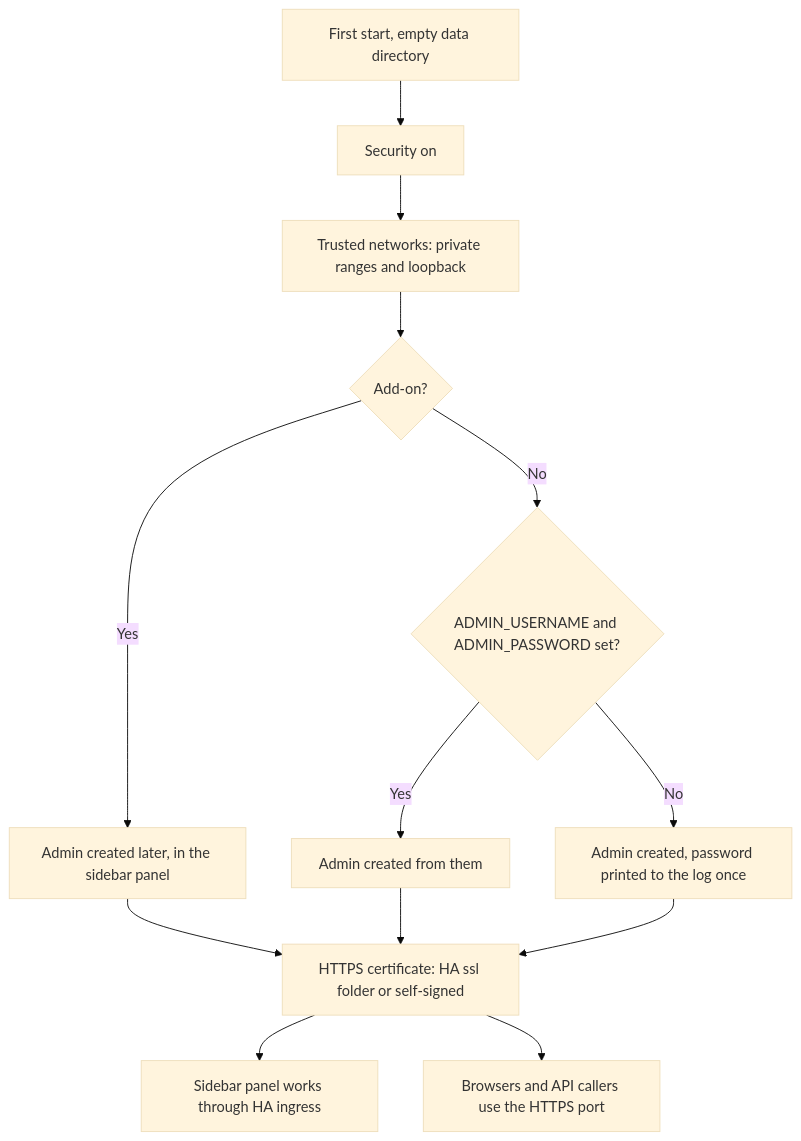
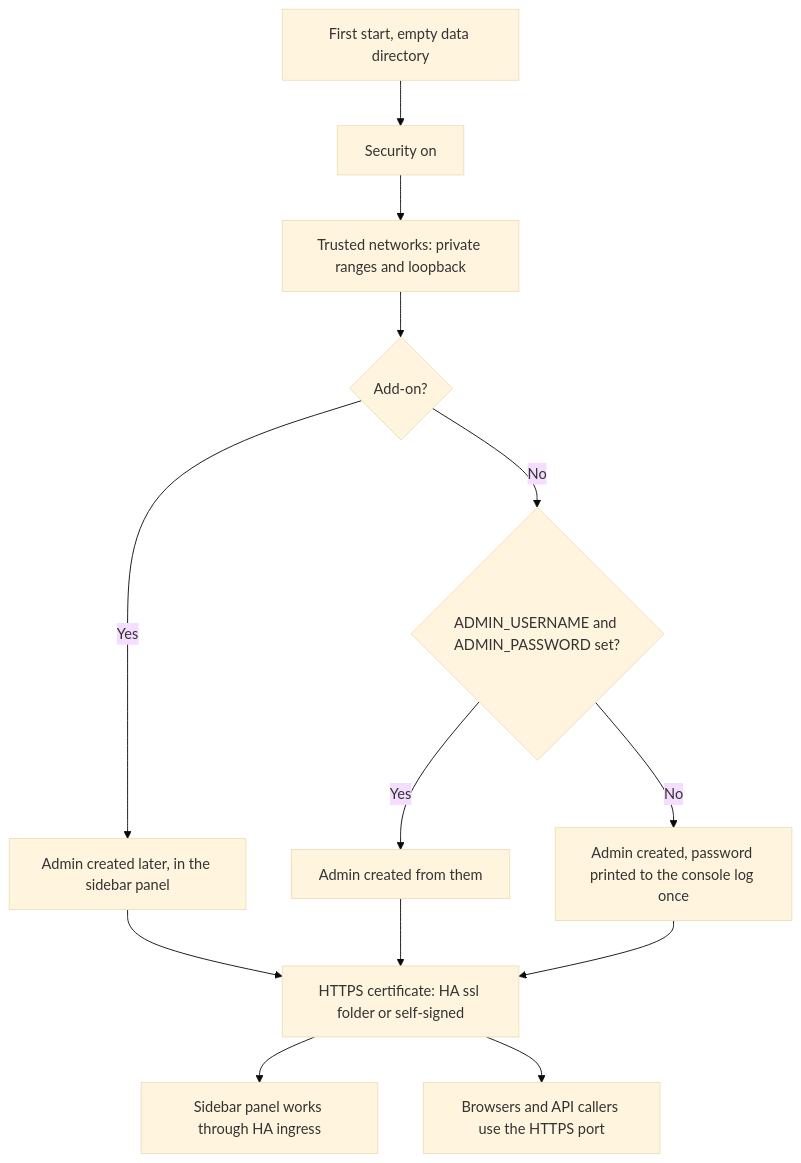
Before and after one commit to david2069/franklinwh-direct-connect-bridge: the second of 3 diagrams in docs/guide/security.md, drawn with Mermaid (base theme). The commit also changed other lines of this file and 7 other files, not shown here.

First line of the commit message:
Generated first-admin password: console only, never in the stored log

````diff
--- a/docs/guide/security.md
+++ b/docs/guide/security.md
@@ -316,15 +318,15 @@
 ```mermaid
 flowchart TD
     A[First start, empty data directory] --> B[Security on]
     B --> C[Trusted networks: private ranges and loopback]
     C --> D{"Add-on?"}
     D -- Yes --> E["Admin created later, in the sidebar panel"]
     D -- No --> D2{"ADMIN_USERNAME and ADMIN_PASSWORD set?"}
     D2 -- Yes --> E2[Admin created from them]
-    D2 -- No --> F[Admin created, password printed to the log once]
+    D2 -- No --> F[Admin created, password printed to the console log once]
     E2 --> G
     E --> G[HTTPS certificate: HA ssl folder or self-signed]
     F --> G
     G --> H[Sidebar panel works through HA ingress]
     G --> I[Browsers and API callers use the HTTPS port]
 ```
````
